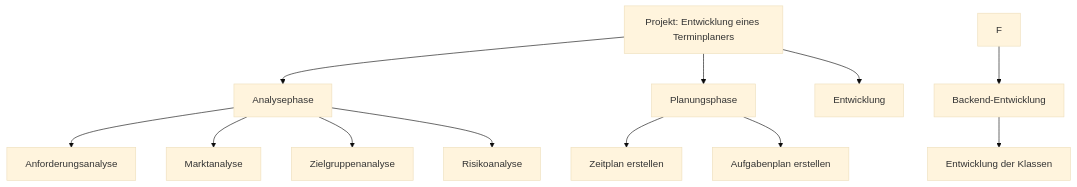
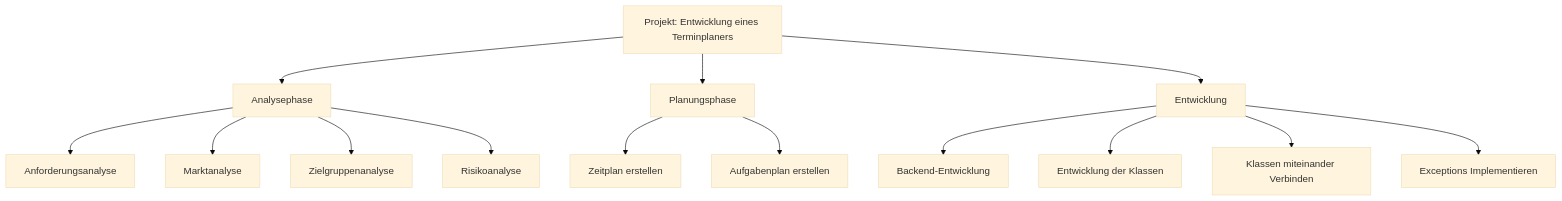
One commit to Rock-Lex/TimeWise changed the diagram in README.md. Above: the diagram before and after it, drawn with Mermaid (base theme).

Commit message:
Update README.md
Projektstrukturplan Aktualisierung

````diff
--- a/README.md
+++ b/README.md
@@ -28,14 +28,16 @@
 ```mermaid
 graph TD
 A[Projekt: Entwicklung eines Terminplaners] --> B[Analysephase]
 B --> B1[Anforderungsanalyse]
 B --> B2[Marktanalyse]
 B --> B3[Zielgruppenanalyse]
 B --> B4[Risikoanalyse]
 A --> C[Planungsphase]
 C --> C1[Zeitplan erstellen]
 C --> C2[Aufgabenplan erstellen]
 A --> D[Entwicklung]
-F --> G[Backend-Entwicklung]
-G --> H[Entwicklung der Klassen]
+D --> D1[Backend-Entwicklung]
+D --> D1_1[Entwicklung der Klassen]
+D --> D1_2[Klassen miteinander Verbinden]
+D --> D1_4[Exceptions Implementieren]
 ```
````
